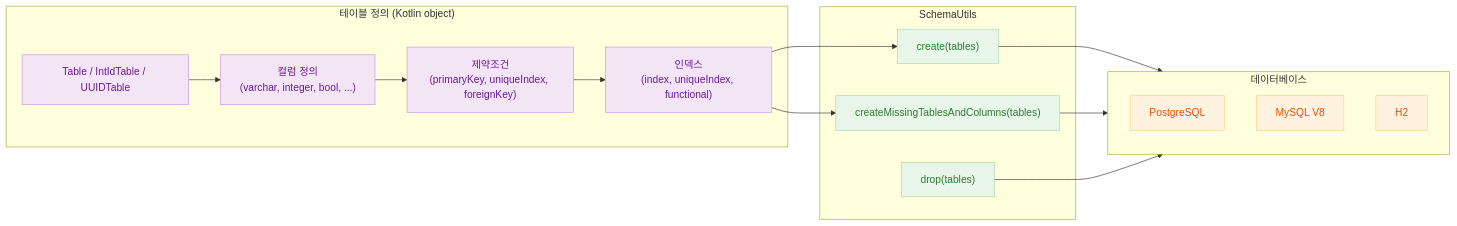
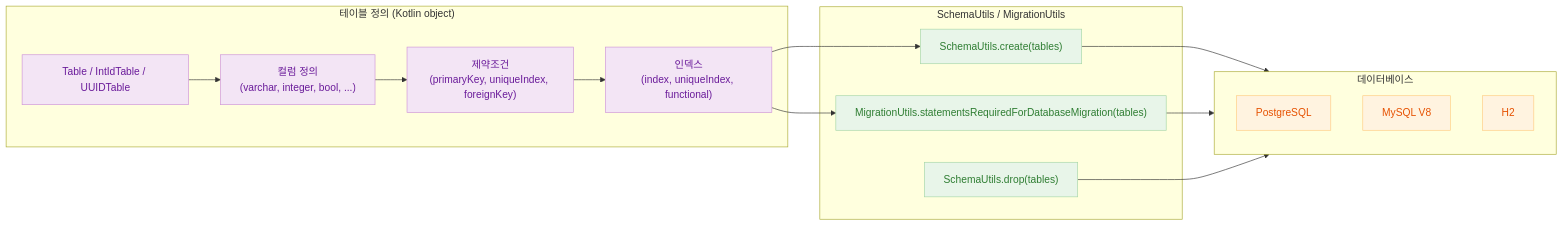
One commit to bluetape4k/exposed-workshop changed the first of 3 diagrams in 04-exposed-ddl/02-ddl/README.ko.md. Above: the diagram before and after it, drawn with Mermaid. The commit also changed other lines of this file and 42 other files, not shown here.

````diff
--- a/04-exposed-ddl/02-ddl/README.ko.md
+++ b/04-exposed-ddl/02-ddl/README.ko.md
@@ -26,35 +26,35 @@
 ```mermaid
 %%{init: {"theme": "neutral", "themeVariables": {"fontFamily": "'Comic Mono', 'goorm sans code', 'JetBrains Mono', 'goorm sans'"}}}%%
 flowchart LR
     subgraph TableDef["테이블 정의 (Kotlin object)"]
         T1["Table / IntIdTable / UUIDTable"]
         COL["컬럼 정의\n(varchar, integer, bool, ...)"]
         CONS["제약조건\n(primaryKey, uniqueIndex, foreignKey)"]
         IDX["인덱스\n(index, uniqueIndex, functional)"]
     end
 
-    subgraph SchemaUtils["SchemaUtils"]
-        CR["create(tables)"]
-        CM["createMissingTablesAndColumns(tables)"]
-        DR["drop(tables)"]
+    subgraph SchemaUtils["SchemaUtils / MigrationUtils"]
+        CR["SchemaUtils.create(tables)"]
+        CM["MigrationUtils.statementsRequiredForDatabaseMigration(tables)"]
+        DR["SchemaUtils.drop(tables)"]
     end
 
     subgraph DB["데이터베이스"]
         PG["PostgreSQL"]
         MY["MySQL V8"]
         H2["H2"]
     end
 
     T1 --> COL --> CONS --> IDX
     IDX --> CR & CM
     CR & CM --> DB
     DR --> DB
 
     classDef purple fill:#F3E5F5,stroke:#CE93D8,color:#6A1B9A
     classDef green fill:#E8F5E9,stroke:#A5D6A7,color:#2E7D32
     classDef orange fill:#FFF3E0,stroke:#FFCC80,color:#E65100
 
     class T1,COL,CONS,IDX purple
     class CR,CM,DR green
     class PG,MY,H2 orange
 ```
````
